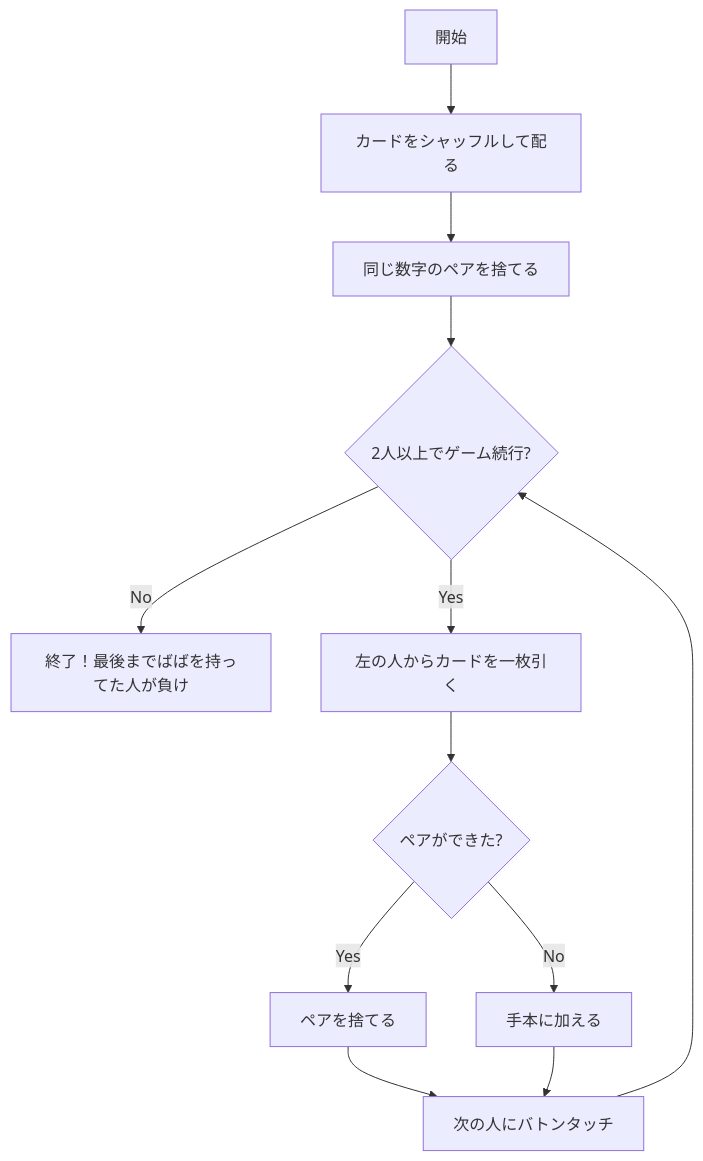
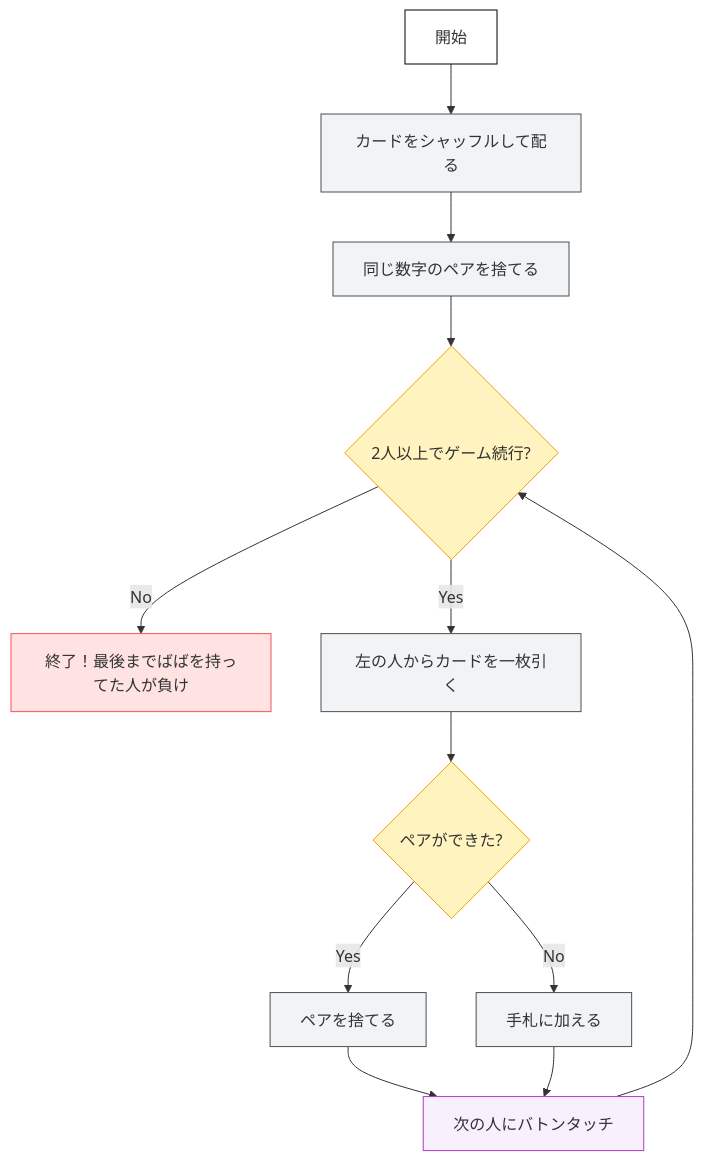
The fourth of 4 diagrams in ばば抜きのアルゴリズム.md (pochang6/education-notes), drawn with Mermaid before and after one commit. The commit also changed other lines of this file, not shown here.

````diff
--- a/ばば抜きのアルゴリズム.md
+++ b/ばば抜きのアルゴリズム.md
@@ -53,14 +64,20 @@
 ```mermaid
 flowchart TD
-  A[開始] --> B[カードをシャッフルして配る]
-  B --> C[同じ数字のペアを捨てる]
-  C --> D{2人以上でゲーム続行?}
-  D -- No --> Z[終了！最後までばばを持ってた人が負け]
-  D -- Yes --> E[左の人からカードを一枚引く]
-  E --> F{ペアができた?}
-  F -- Yes --> G[ペアを捨てる]
-  F -- No --> H[手本に加える]
-  G --> I[次の人にバトンタッチ]
+  A[開始]:::start --> B[カードをシャッフルして配る]:::process
+  B --> C[同じ数字のペアを捨てる]:::process
+  C --> D{2人以上でゲーム続行?}:::decision
+  D -- No --> Z[終了！最後までばばを持ってた人が負け]:::finish
+  D -- Yes --> E[左の人からカードを一枚引く]:::process
+  E --> F{ペアができた?}:::decision
+  F -- Yes --> G[ペアを捨てる]:::process
+  F -- No --> H[手札に加える]:::process
+  G --> I[次の人にバトンタッチ]:::next
   H --> I
   I --> D
+
+  classDef start fill:#ffffff,stroke:#000000,stroke-width:1px;
+  classDef process fill:#f1f3f5,stroke:#495057,stroke-width:1px;
+  classDef decision fill:#fff3bf,stroke:#f59f00,stroke-width:1px;
+  classDef finish fill:#ffe3e3,stroke:#fa5252,stroke-width:1px;
+  classDef next fill:#f8f0fc,stroke:#ae3ec9,stroke-width:1px;
 ```
````
